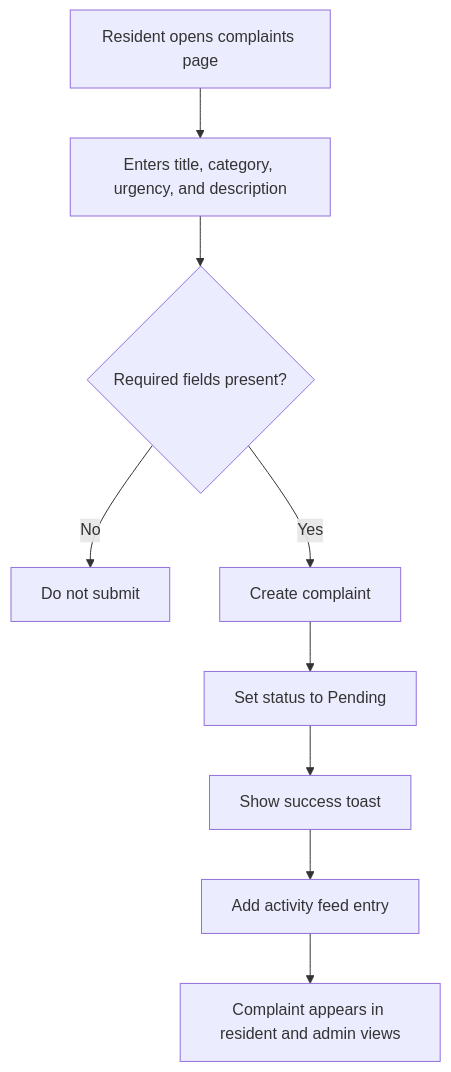
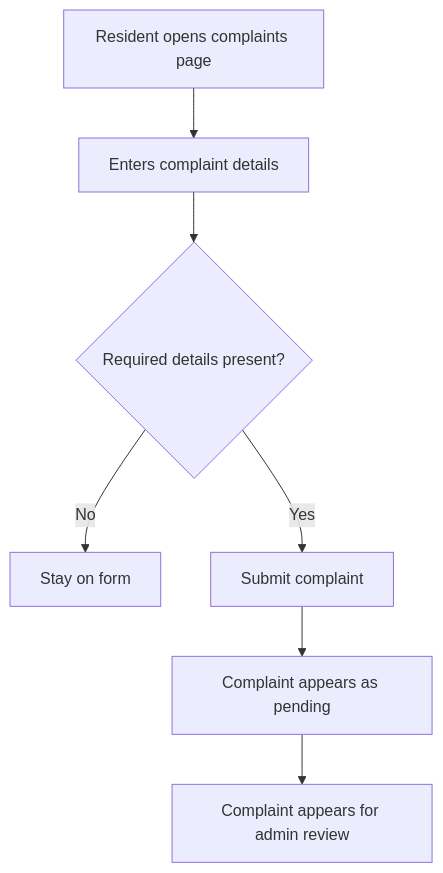
The sixth of 20 diagrams in implemented_flows.md (painful-bug/MAY2026-Team-035), drawn with Mermaid before and after one commit. The commit also changed other lines of this file, not shown here.

First line of the commit message:
Simplify flow documentation

````diff
--- a/implemented_flows.md
+++ b/implemented_flows.md
@@ -140,11 +67,9 @@
 ```mermaid
 flowchart TD
-  A[Resident opens complaints page] --> B[Enters title, category, urgency, and description]
-  B --> C{Required fields present?}
-  C -->|No| D[Do not submit]
-  C -->|Yes| E[Create complaint]
-  E --> F[Set status to Pending]
-  F --> G[Show success toast]
-  G --> H[Add activity feed entry]
-  H --> I[Complaint appears in resident and admin views]
+  A[Resident opens complaints page] --> B[Enters complaint details]
+  B --> C{Required details present?}
+  C -->|No| D[Stay on form]
+  C -->|Yes| E[Submit complaint]
+  E --> F[Complaint appears as pending]
+  F --> G[Complaint appears for admin review]
 ```
````
